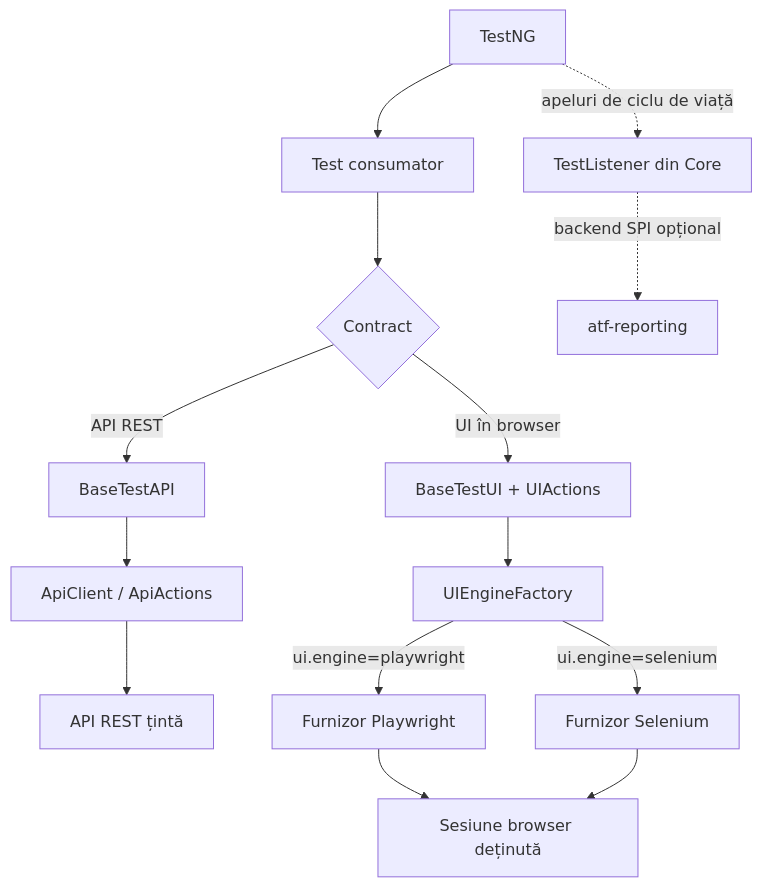
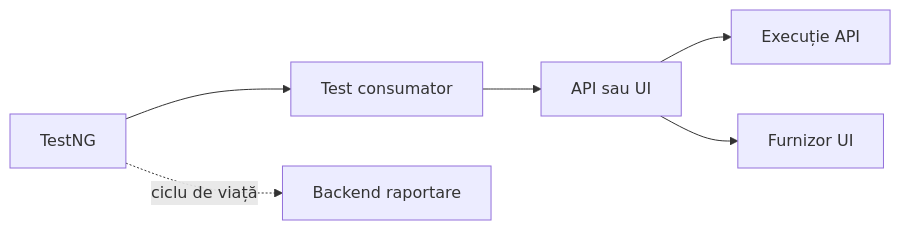
The second of 2 diagrams in README.md (crististefanita/ATF_AI), drawn with Mermaid before and after one commit. The commit also changed other lines of this file and 111 other files, not shown here.

````diff
--- a/README.md
+++ b/README.md
@@ -37,16 +42,8 @@
 ```mermaid
-flowchart TB
+flowchart LR
     Runner["TestNG"] --> Test["Test consumator"]
-    Test --> Route{"Contract"}
-    Route -->|"API REST"| Api["BaseTestAPI"]
-    Api --> Client["ApiClient / ApiActions"]
-    Client --> Service["API REST țintă"]
-    Route -->|"UI în browser"| Ui["BaseTestUI + UIActions"]
-    Ui --> Factory["UIEngineFactory"]
-    Factory -->|"ui.engine=playwright"| Playwright["Furnizor Playwright"]
-    Factory -->|"ui.engine=selenium"| Selenium["Furnizor Selenium"]
-    Playwright --> Browser["Sesiune browser deținută"]
-    Selenium --> Browser
-    Runner -. apeluri de ciclu de viață .-> Listener["TestListener din Core"]
-    Listener -. backend SPI opțional .-> Reporting["atf-reporting"]
+    Test --> Route["API sau UI"]
+    Route --> Api["Execuție API"]
+    Route --> Ui["Furnizor UI"]
+    Runner -. ciclu de viață .-> Reporting["Backend raportare"]
 ```
````
